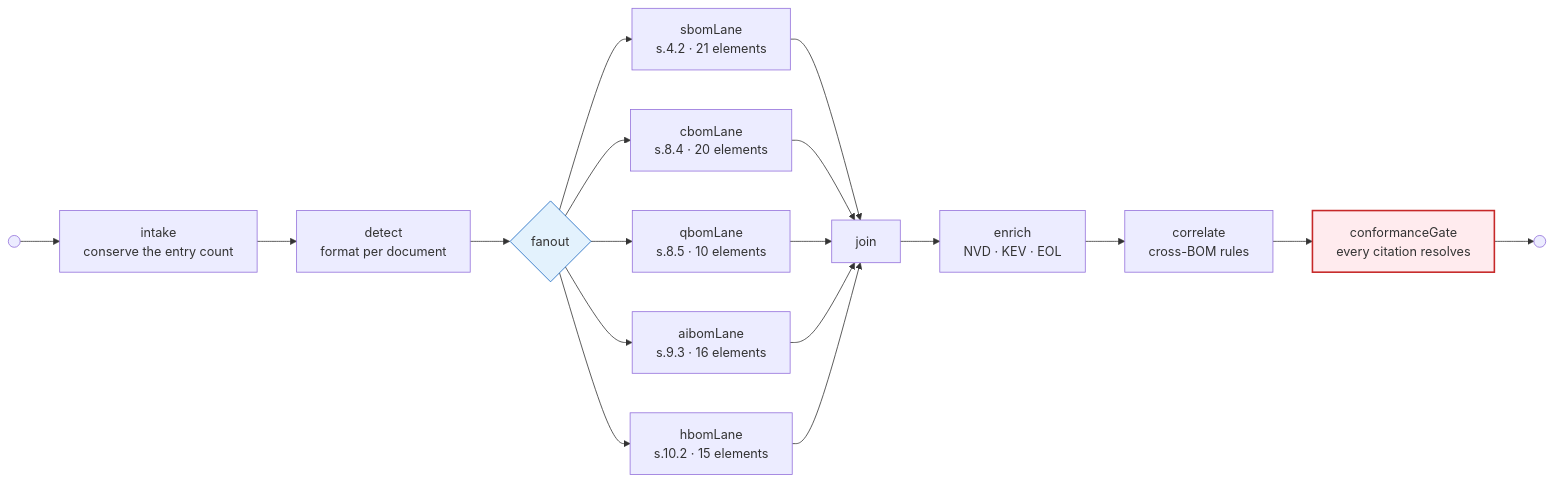
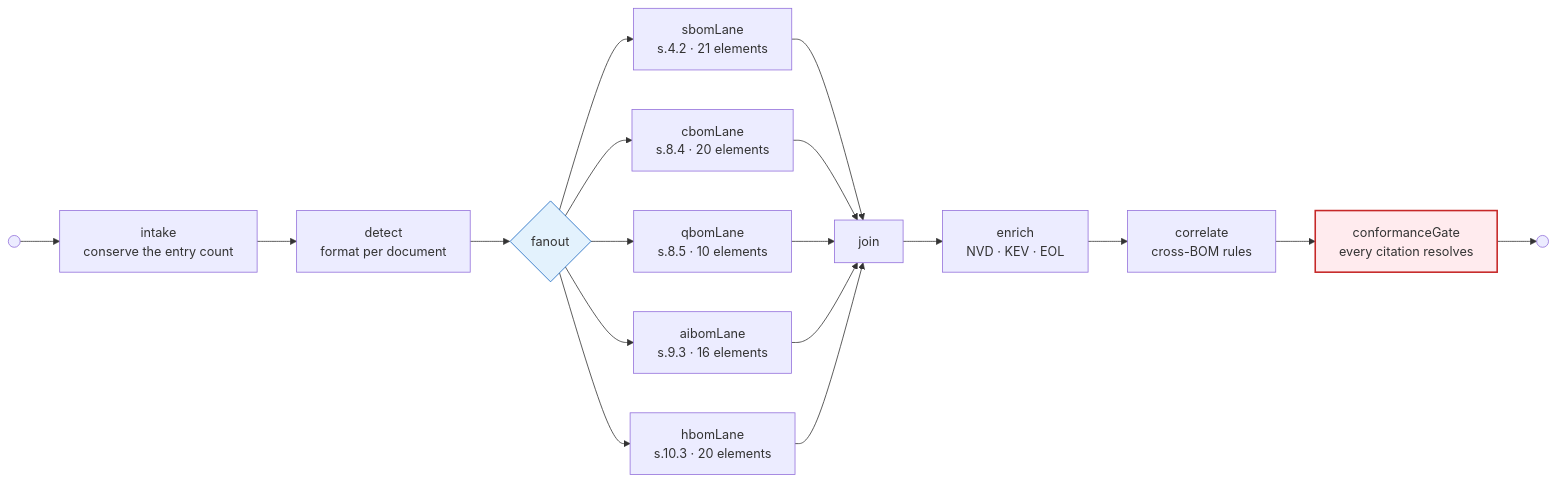
The third of 16 diagrams in docs/ARCHITECTURE.md (shubhamjha16/BOM_Automation), drawn with Mermaid before and after one commit. The commit also changed other lines of this file and 11 other files, not shown here.

````diff
--- a/docs/ARCHITECTURE.md
+++ b/docs/ARCHITECTURE.md
@@ -160,26 +160,26 @@
 ```mermaid
 graph LR
     START(( )) --> INTAKE[intake<br/>conserve the entry count]
     INTAKE --> DETECT[detect<br/>format per document]
     DETECT --> FANOUT{fanout}
 
     FANOUT --> SBOM[sbomLane<br/>s.4.2 · 21 elements]
     FANOUT --> CBOM[cbomLane<br/>s.8.4 · 20 elements]
     FANOUT --> QBOM[qbomLane<br/>s.8.5 · 10 elements]
     FANOUT --> AIBOM[aibomLane<br/>s.9.3 · 16 elements]
-    FANOUT --> HBOM[hbomLane<br/>s.10.2 · 15 elements]
+    FANOUT --> HBOM[hbomLane<br/>s.10.3 · 20 elements]
 
     SBOM --> JOIN[join]
     CBOM --> JOIN
     QBOM --> JOIN
     AIBOM --> JOIN
     HBOM --> JOIN
 
     JOIN --> ENRICH[enrich<br/>NVD · KEV · EOL]
     ENRICH --> CORRELATE[correlate<br/>cross-BOM rules]
     CORRELATE --> GATE[conformanceGate<br/>every citation resolves]
     GATE --> END(( ))
 
     style GATE fill:#ffebee,stroke:#c62828,stroke-width:2px
     style FANOUT fill:#e3f2fd,stroke:#1565c0
 ```
````
